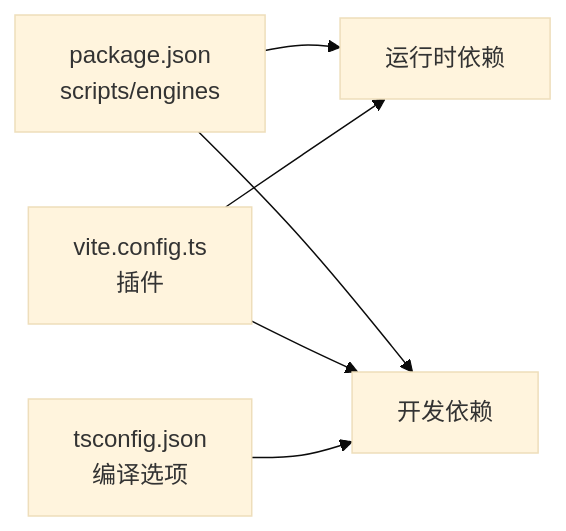
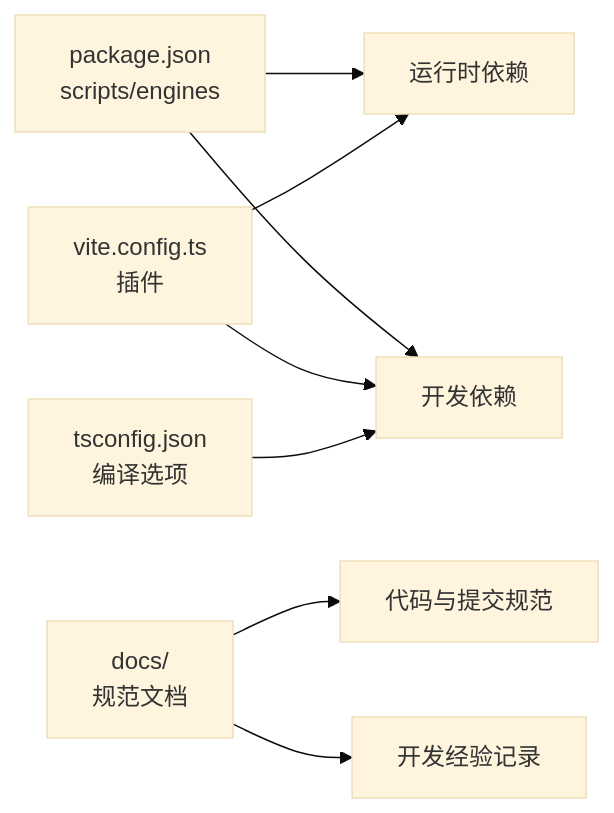
The fourth of 4 diagrams in .qoder/repowiki/zh/content/快速开始.md (ZhongXiandou/markdown2view), drawn with Mermaid (base theme) before and after one commit. The commit also changed other lines of this file and 23 other files, not shown here.

````diff
--- a/.qoder/repowiki/zh/content/快速开始.md
+++ b/.qoder/repowiki/zh/content/快速开始.md
@@ -200,8 +346,10 @@
 ```mermaid
 graph LR
 A["package.json<br/>scripts/engines"] --> B["运行时依赖"]
 A --> C["开发依赖"]
 D["vite.config.ts<br/>插件"] --> B
 D --> C
 E["tsconfig.json<br/>编译选项"] --> C
+F["docs/<br/>规范文档"] --> G["代码与提交规范"]
+F --> H["开发经验记录"]
 ```
````
